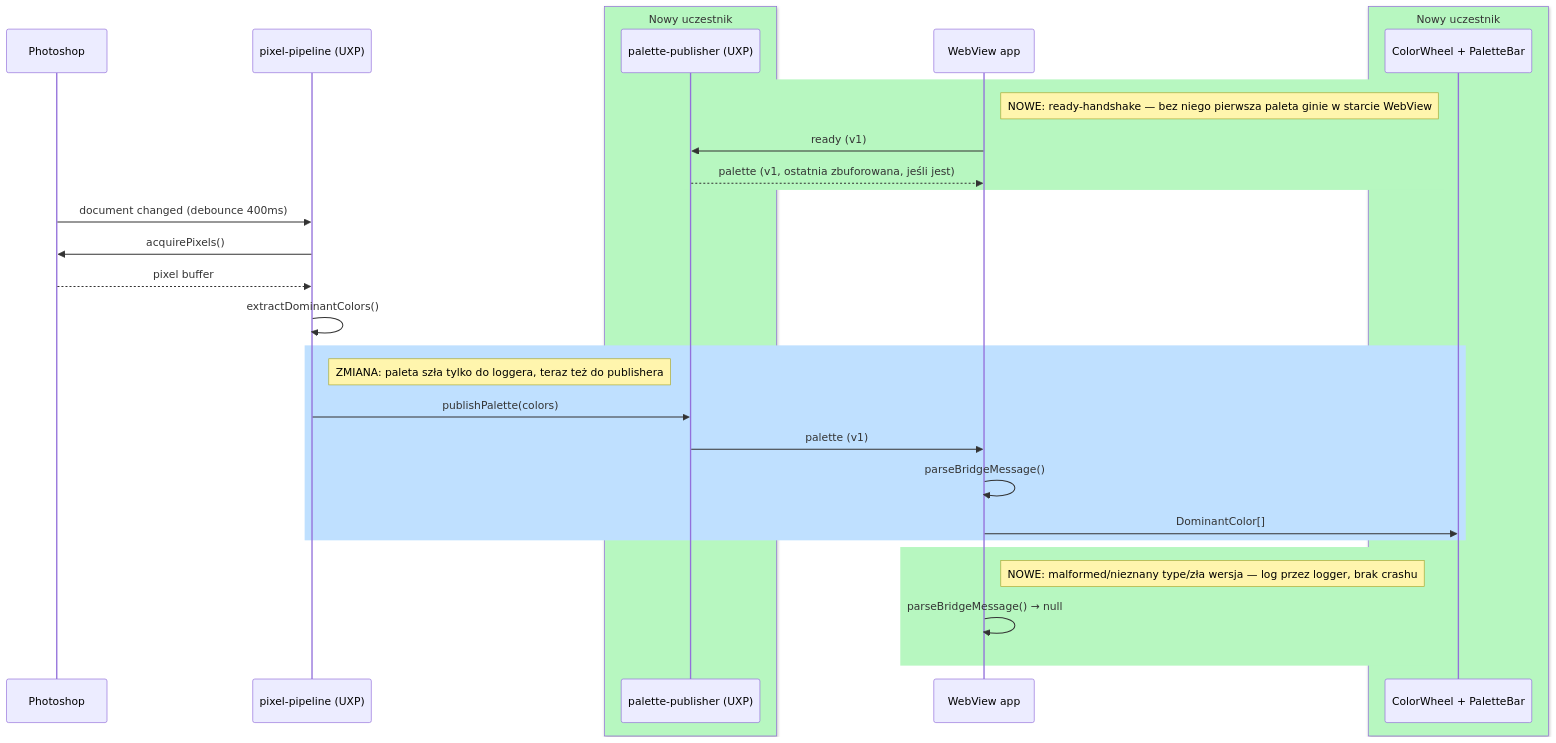
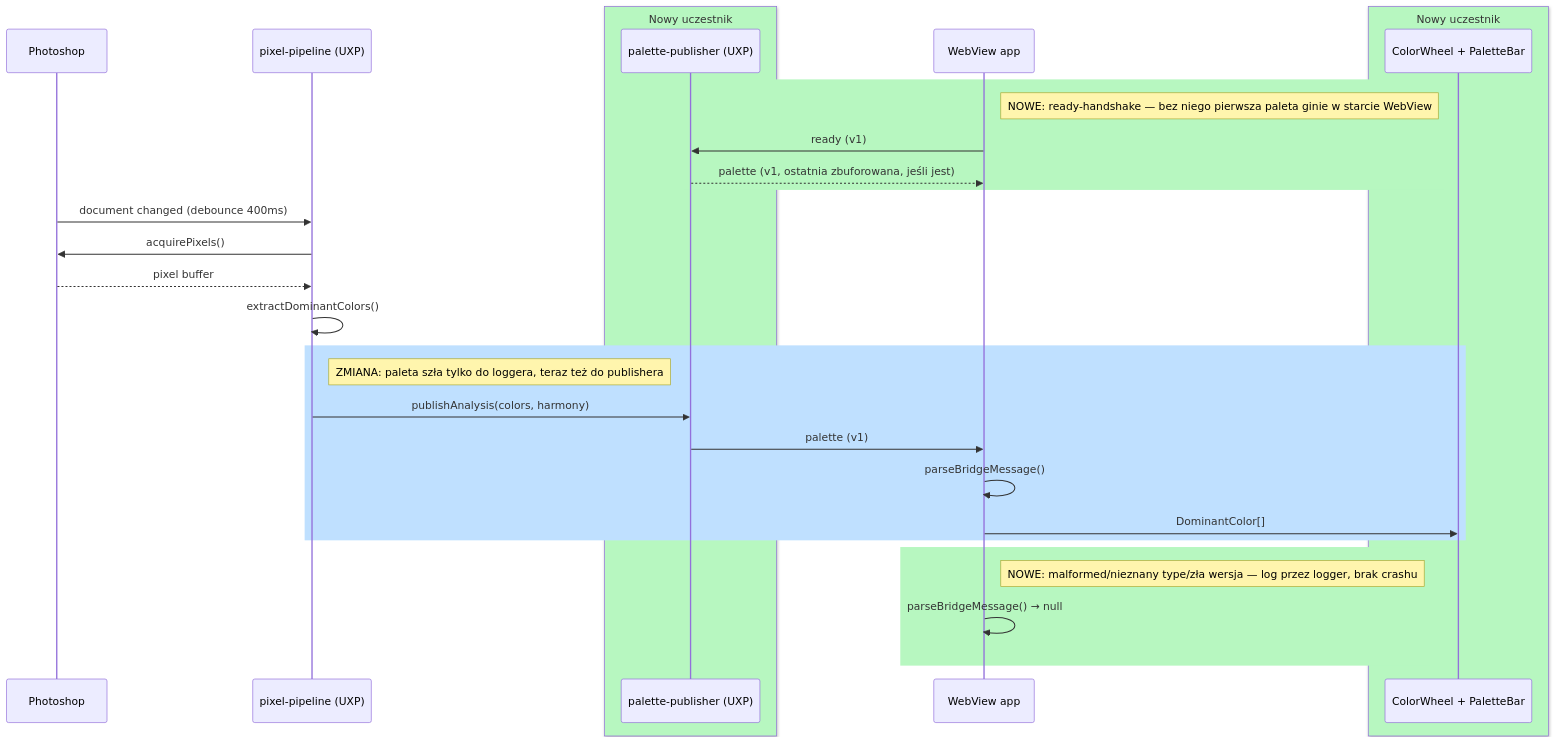
The diagram in docs/design-step3-color-wheel-ui.md (matee911/huechord), drawn with Mermaid before and after one commit. The commit also changed 5 other files, not shown here.

````diff
--- a/docs/design-step3-color-wheel-ui.md
+++ b/docs/design-step3-color-wheel-ui.md
@@ -84,36 +84,36 @@
 ```mermaid
 sequenceDiagram
     participant PS as Photoshop
     participant Pipe as pixel-pipeline (UXP)
     box rgb(183, 247, 192) Nowy uczestnik
     participant Pub as palette-publisher (UXP)
     end
     participant WV as WebView app
     box rgb(183, 247, 192) Nowy uczestnik
     participant UI as ColorWheel + PaletteBar
     end
 
     rect rgb(183, 247, 192)
     Note right of WV: NOWE: ready-handshake — bez niego pierwsza paleta ginie w starcie WebView
     WV->>Pub: ready (v1)
     Pub-->>WV: palette (v1, ostatnia zbuforowana, jeśli jest)
     end
 
     PS->>Pipe: document changed (debounce 400ms)
     Pipe->>PS: acquirePixels()
     PS-->>Pipe: pixel buffer
     Pipe->>Pipe: extractDominantColors()
 
     rect rgb(191, 224, 255)
     Note right of Pipe: ZMIANA: paleta szła tylko do loggera, teraz też do publishera
-    Pipe->>Pub: publishPalette(colors)
+    Pipe->>Pub: publishAnalysis(colors, harmony)
     Pub->>WV: palette (v1)
     WV->>WV: parseBridgeMessage()
     WV->>UI: DominantColor[]
     end
 
     rect rgb(183, 247, 192)
     Note right of WV: NOWE: malformed/nieznany type/zła wersja — log przez logger, brak crashu
     WV->>WV: parseBridgeMessage() → null
     end
 ```
````
